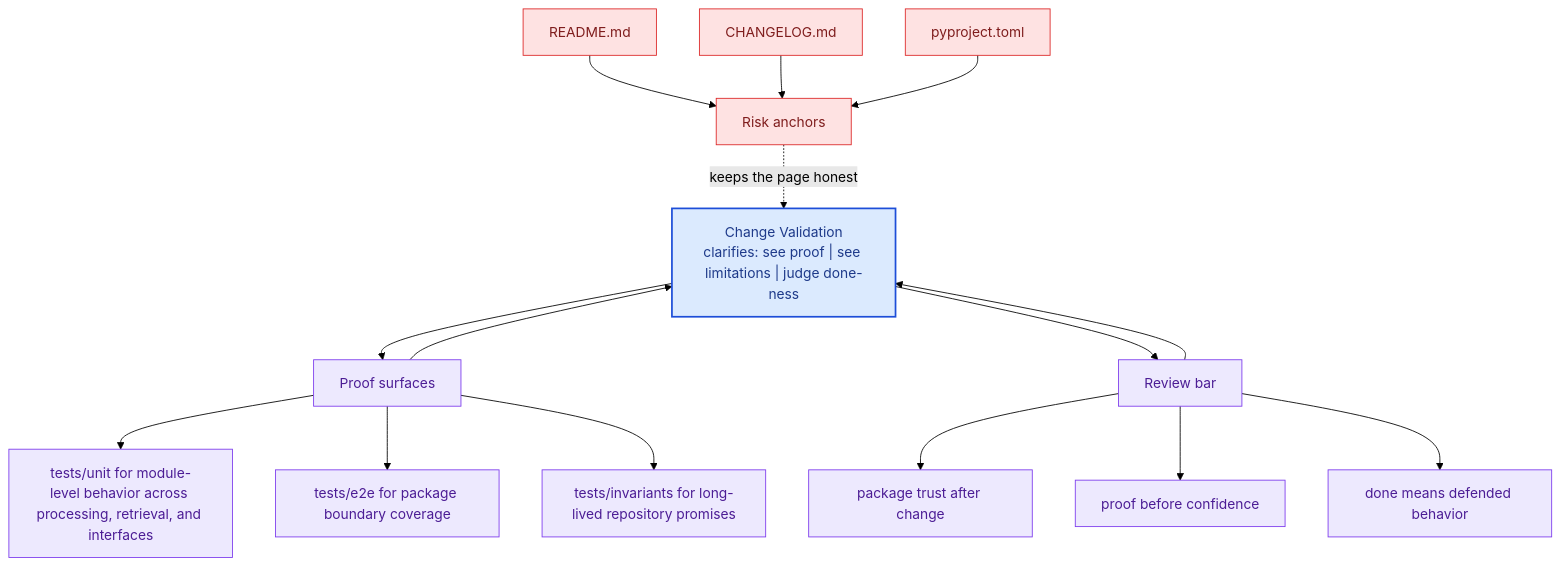
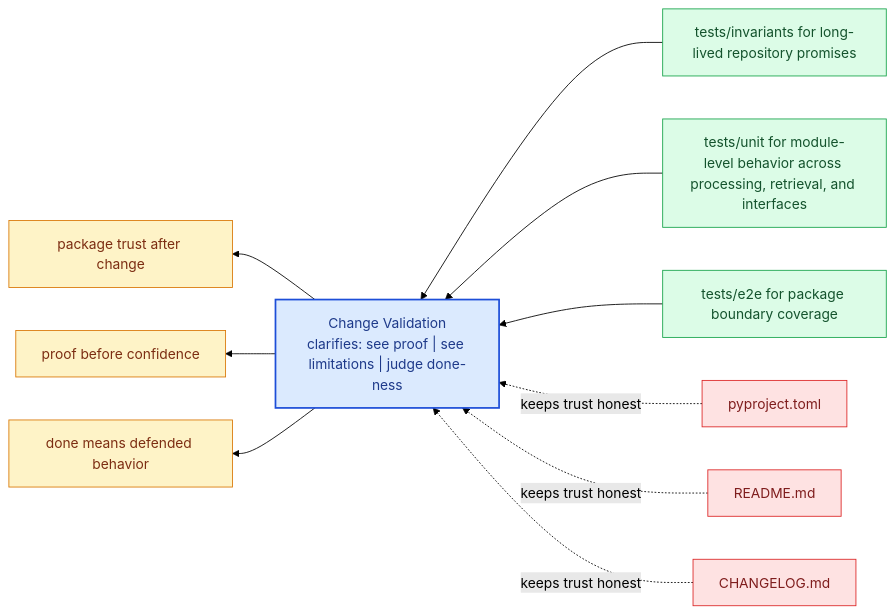
One commit to bijux/bijux-canon changed the diagram in docs/bijux-canon-ingest/quality/change-validation.md. Above: the diagram before and after it, drawn with Mermaid (forest theme). The commit also changed other lines of this file and 281 other files, not shown here.

Commit message:
docs(diagrams): replace repeated mermaid scaffolds with page-specific summaries

````diff
--- a/docs/bijux-canon-ingest/quality/change-validation.md
+++ b/docs/bijux-canon-ingest/quality/change-validation.md
@@ -66,41 +21,31 @@
 ```mermaid
-flowchart TB
-    promise["Change Validation<br/>clarifies: see proof | see limitations | judge done-ness"]
-    classDef promise fill:#dbeafe,stroke:#1d4ed8,color:#1e3a8a,stroke-width:2px;
-    classDef driver fill:#dcfce7,stroke:#16a34a,color:#14532d;
-    classDef constraint fill:#fee2e2,stroke:#dc2626,color:#7f1d1d;
-    classDef ground fill:#ede9fe,stroke:#7c3aed,color:#4c1d95;
-    focus1["Proof surfaces"]
-    focus1 --> promise
-    promise --> focus1
-    focus1_1["tests/unit for module-level behavior across processing, retrieval, and interfaces"]
-    focus1 --> focus1_1
-    focus1_2["tests/e2e for package boundary coverage"]
-    focus1 --> focus1_2
-    focus1_3["tests/invariants for long-lived repository promises"]
-    focus1 --> focus1_3
-    class focus1 ground;
-    class focus1_1,focus1_2,focus1_3 ground;
-    focus2["Risk anchors"]
-    focus2 -.keeps the page honest.-> promise
-    focus2_1["README.md"]
-    focus2_1 --> focus2
-    focus2_2["CHANGELOG.md"]
-    focus2_2 --> focus2
-    focus2_3["pyproject.toml"]
-    focus2_3 --> focus2
-    class focus2 constraint;
-    class focus2_1,focus2_2,focus2_3 constraint;
-    focus3["Review bar"]
-    focus3 --> promise
-    promise --> focus3
-    focus3_1["package trust after change"]
-    focus3 --> focus3_1
-    focus3_2["proof before confidence"]
-    focus3 --> focus3_2
-    focus3_3["done means defended behavior"]
-    focus3 --> focus3_3
-    class focus3 ground;
-    class focus3_1,focus3_2,focus3_3 ground;
-    class promise promise;
+flowchart RL
+    page["Change Validation<br/>clarifies: see proof | see limitations | judge done-ness"]
+    classDef page fill:#dbeafe,stroke:#1d4ed8,color:#1e3a8a,stroke-width:2px;
+    classDef positive fill:#dcfce7,stroke:#16a34a,color:#14532d;
+    classDef caution fill:#fee2e2,stroke:#dc2626,color:#7f1d1d;
+    classDef anchor fill:#ede9fe,stroke:#7c3aed,color:#4c1d95;
+    classDef action fill:#fef3c7,stroke:#d97706,color:#7c2d12;
+    proof1["tests/invariants for long-lived repository promises"]
+    proof1 --> page
+    proof2["tests/unit for module-level behavior across processing, retrieval, and interfaces"]
+    proof2 --> page
+    proof3["tests/e2e for package boundary coverage"]
+    proof3 --> page
+    risk1["pyproject.toml"]
+    risk1 -.keeps trust honest.-> page
+    risk2["README.md"]
+    risk2 -.keeps trust honest.-> page
+    risk3["CHANGELOG.md"]
+    risk3 -.keeps trust honest.-> page
+    bar1["package trust after change"]
+    page --> bar1
+    bar2["proof before confidence"]
+    page --> bar2
+    bar3["done means defended behavior"]
+    page --> bar3
+    class page page;
+    class proof1,proof2,proof3 positive;
+    class risk1,risk2,risk3 caution;
+    class bar1,bar2,bar3 action;
 ```
````
